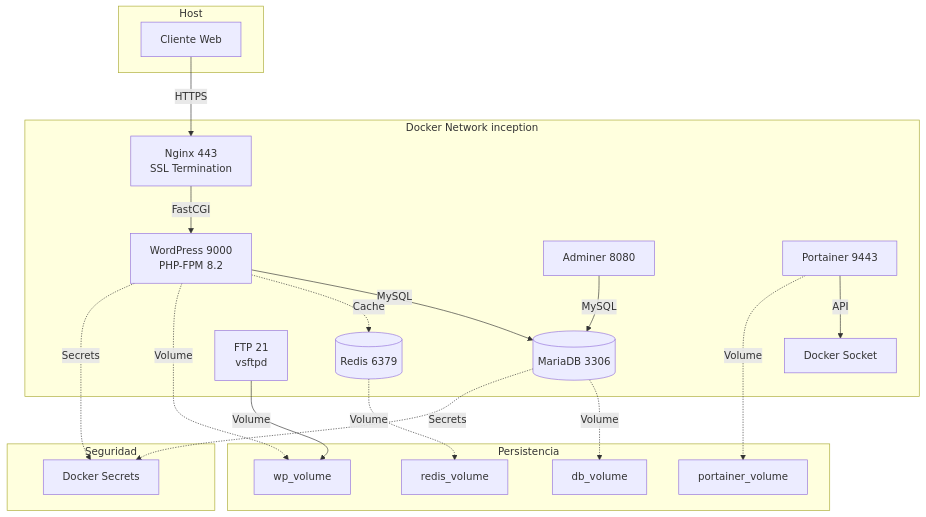
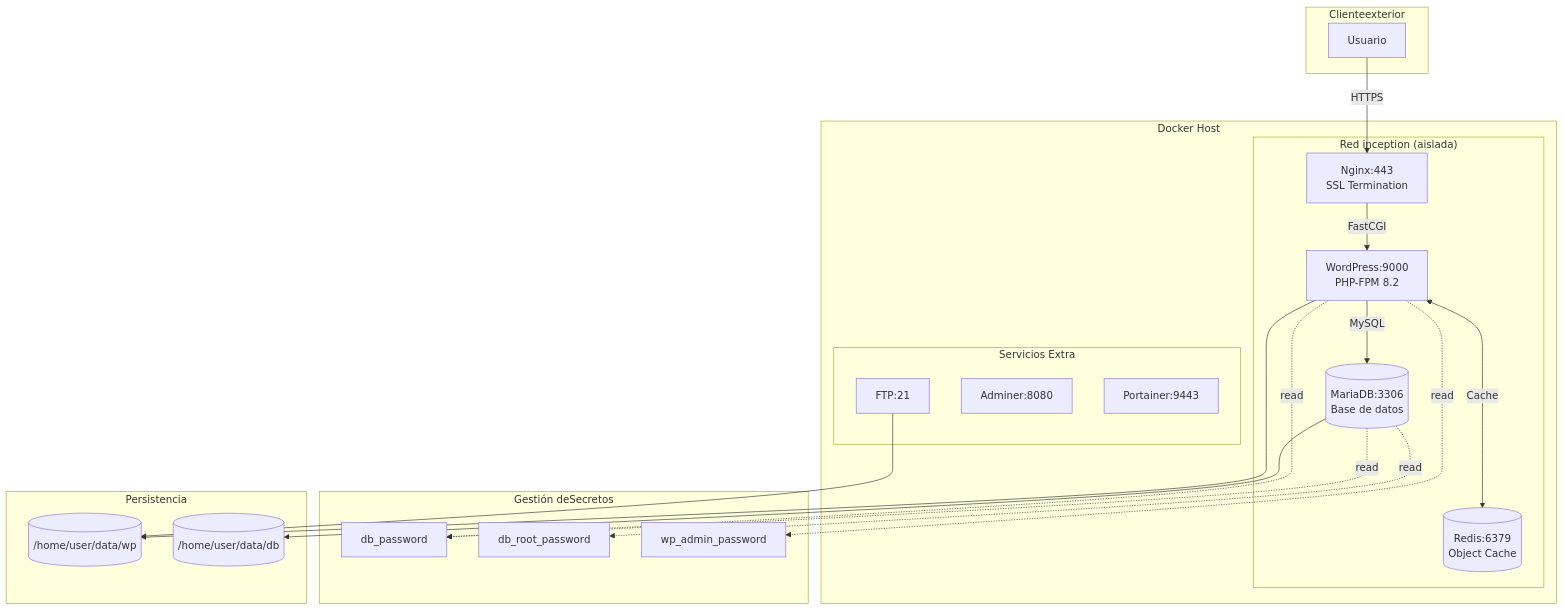
One commit to samuelhm/Inception changed the diagram in README.md. Above: the diagram before and after it, drawn with Mermaid. The commit also changed other lines of this file, not shown here.

````diff
--- a/README.md
+++ b/README.md
@@ -67,44 +72,46 @@
 ```mermaid
-flowchart TB
-    subgraph Host
-        Client[Cliente Web]
+flowchart TD
+    subgraph Clienteexterior
+        User[ Usuario ]
     end
 
-    subgraph "Docker Network inception"
-        Nginx[Nginx 443<br/>SSL Termination]
-        WP[WordPress 9000<br/>PHP-FPM 8.2]
-        DB[(MariaDB 3306)]
-        Redis[(Redis 6379)]
-        FTP[FTP 21<br/>vsftpd]
-        Adminer[Adminer 8080]
-        Portainer[Portainer 9443]
-        DockerSock[Docker Socket]
+    subgraph Docker["Docker Host"]
+        subgraph Net["Red inception (aislada)"]
+            Nginx["Nginx:443<br/>SSL Termination"]
+            WP["WordPress:9000<br/>PHP-FPM 8.2"]
+            DB[("MariaDB:3306<br/>Base de datos")]
+            Redis[("Redis:6379<br/>Object Cache")]
+        end
+
+        subgraph Extras["Servicios Extra"]
+            FTP["FTP:21"]
+            Adminer["Adminer:8080"]
+            Portainer["Portainer:9443"]
+        end
     end
 
-    subgraph Persistencia
-        Vol1[wp_volume]
-        Vol2[db_volume]
-        Vol3[redis_volume]
-        Vol4[portainer_volume]
+    subgraph Secrets["Gestión deSecretos"]
+        S1[db_password]
+        S2[db_root_password]
+        S3[wp_admin_password]
     end
 
-    subgraph Seguridad
-        Secrets[Docker Secrets]
+    subgraph Vols["Persistencia"]
+        V1[("/home/user/data/wp")]
+        V2[("/home/user/data/db")]
     end
 
-    Client -->|HTTPS| Nginx
-    Nginx -->|FastCGI| WP
-    WP -->|MySQL| DB
-    WP -.->|Cache| Redis
-    FTP -->|Volume| Vol1
-    Adminer -->|MySQL| DB
-    Portainer -->|API| DockerSock
+    User -->|"HTTPS"| Nginx
+    Nginx -->|"FastCGI"| WP
+    WP -->|"MySQL"| DB
+    WP <--->|"Cache"| Redis
     
-    WP -.->|Volume| Vol1
-    DB -.->|Volume| Vol2
-    Redis -.->|Volume| Vol3
-    Portainer -.->|Volume| Vol4
+    WP --> V1
+    DB --> V2
+    FTP --> V1
     
-    DB -.->|Secrets| Secrets
-    WP -.->|Secrets| Secrets
+    DB -.->|"read"| S1
+    DB -.->|"read"| S2
+    WP -.->|"read"| S3
+    WP -.->|"read"| S1
 ```
````
